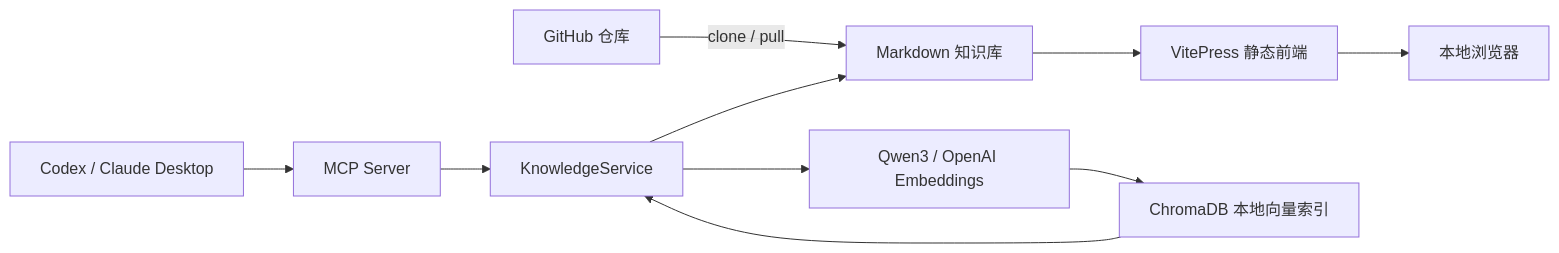
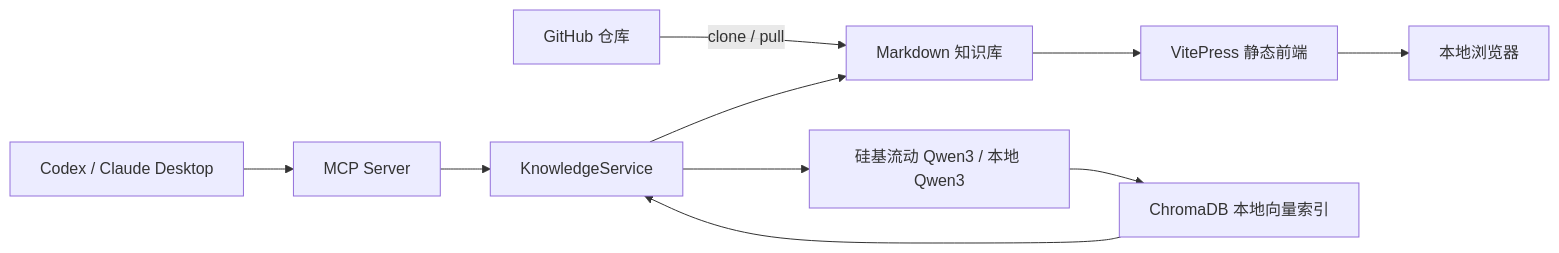
One commit to timeisthe/android-knowledge-base-rag-mcp changed the diagram in README.md. Above: the diagram before and after it, drawn with Mermaid. The commit also changed other lines of this file and 19 other files, not shown here.

````diff
--- a/README.md
+++ b/README.md
@@ -19,13 +19,13 @@
 ```mermaid
 flowchart LR
     G["GitHub 仓库"] -->|"clone / pull"| F["Markdown 知识库"]
     F --> V["VitePress 静态前端"]
     V --> B["本地浏览器"]
 
     A["Codex / Claude Desktop"] --> M["MCP Server"]
     M --> S["KnowledgeService"]
     S --> F
-    S --> E["Qwen3 / OpenAI Embeddings"]
+    S --> E["硅基流动 Qwen3 / 本地 Qwen3"]
     E --> C["ChromaDB 本地向量索引"]
     C --> S
 ```
````
